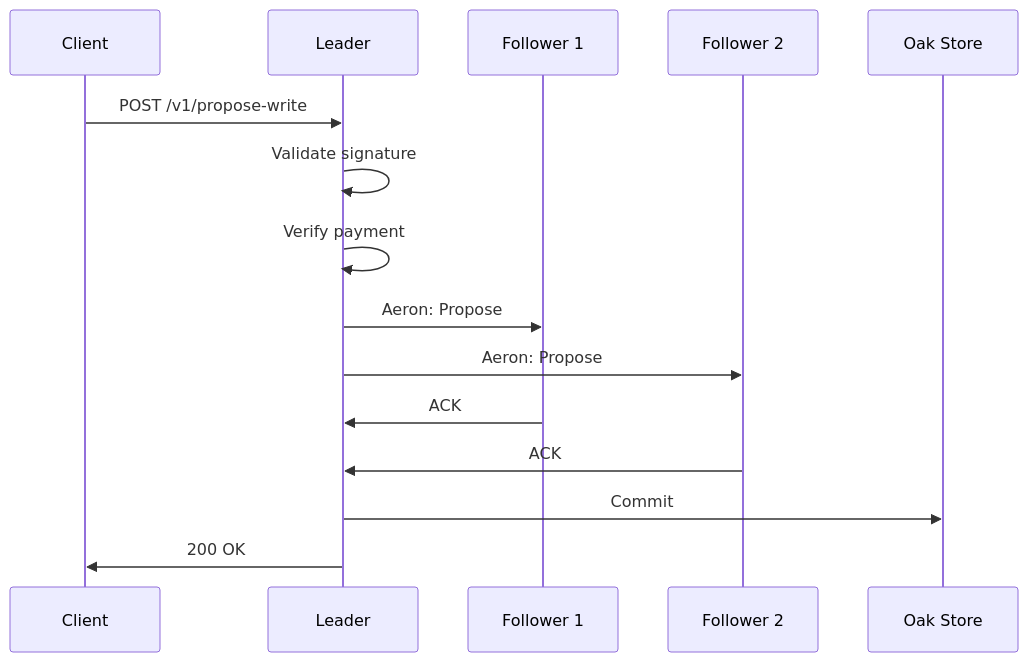
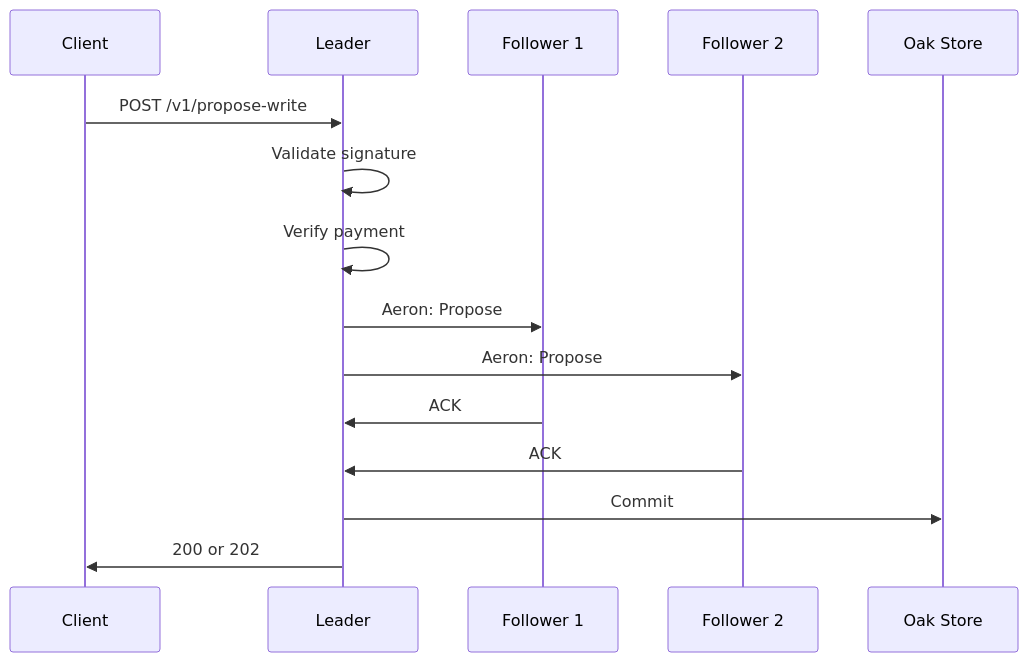
The second of 2 diagrams in guide/consensus.md (somarc/oak-chain-docs), drawn with Mermaid before and after one commit. The commit also changed other lines of this file and 4 other files, not shown here.

````diff
--- a/guide/consensus.md
+++ b/guide/consensus.md
@@ -52,18 +64,18 @@
 ```mermaid
 sequenceDiagram
     participant C as Client
     participant L as Leader
     participant F1 as Follower 1
     participant F2 as Follower 2
     participant Oak as Oak Store
-    
+
     C->>L: POST /v1/propose-write
     L->>L: Validate signature
     L->>L: Verify payment
     L->>F1: Aeron: Propose
     L->>F2: Aeron: Propose
     F1->>L: ACK
     F2->>L: ACK
     L->>Oak: Commit
-    L->>C: 200 OK
+    L->>C: 200 or 202
 ```
````
